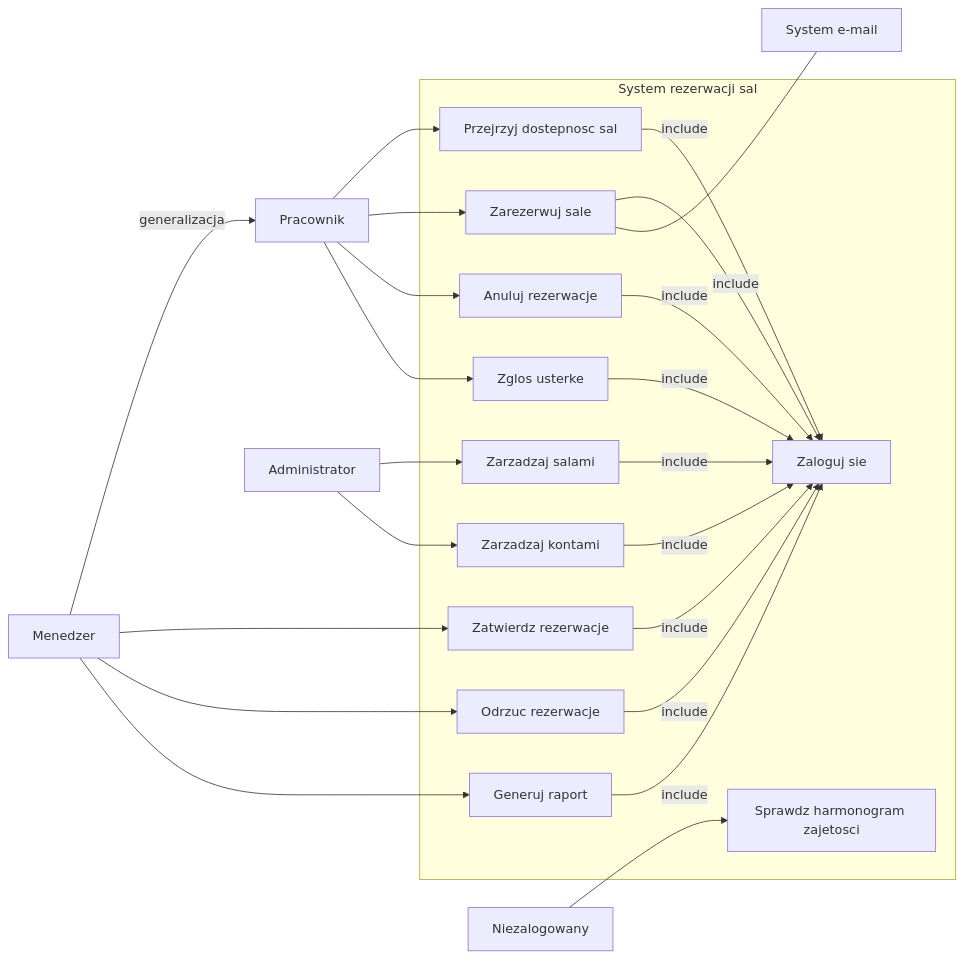
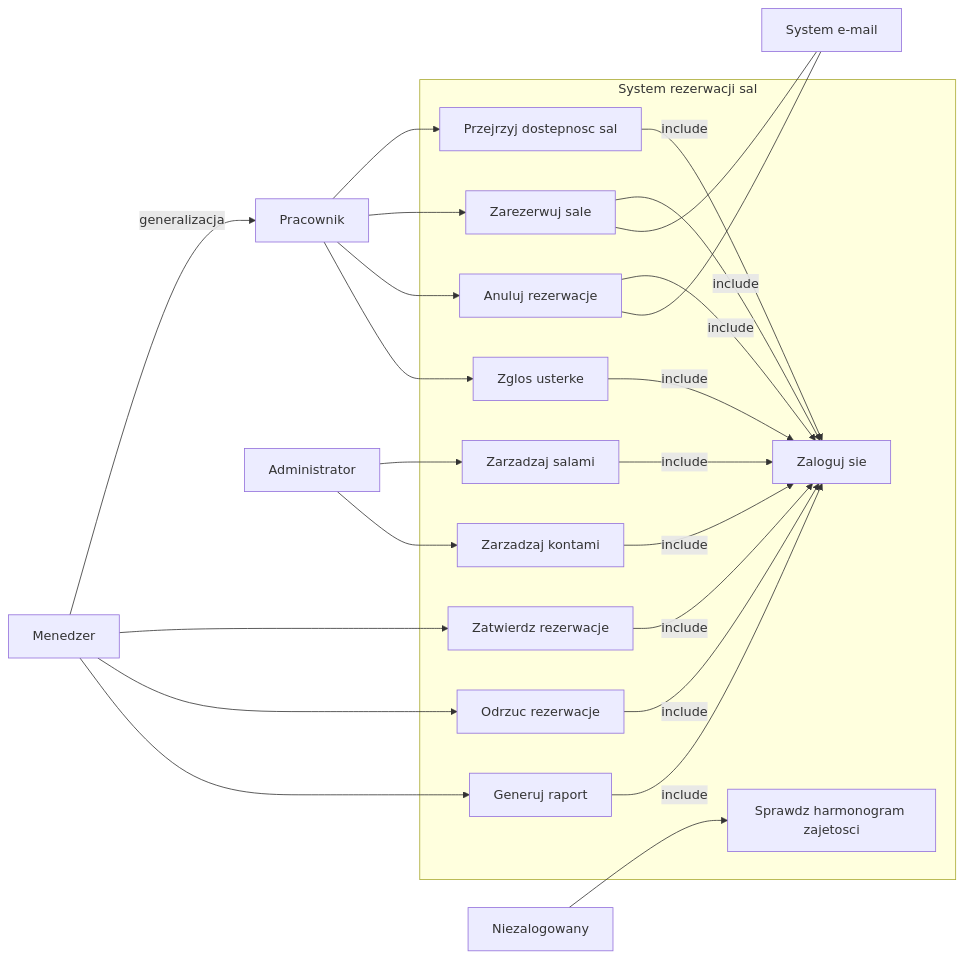
The diagram in README.md (Patryk115/IW_mermaid_lab5), drawn with Mermaid before and after one commit.

Commit message:
Refactor README by cleaning comments and updating relationships
Removed unnecessary comments and added a relationship from UC3 to the email system.

````diff
--- a/README.md
+++ b/README.md
@@ -1,48 +1,45 @@
 ```mermaid
 
 graph LR
     subgraph SYS["System rezerwacji sal"]
         UC1["Przejrzyj dostepnosc sal"]
         UC2["Zarezerwuj sale"]
         UC3["Anuluj rezerwacje"]
         UC4["Zatwierdz rezerwacje"]
         UC_Odrzuc["Odrzuc rezerwacje"]
         UC5["Zaloguj sie"]
         UC6["Zarzadzaj salami"]
         UC7["Generuj raport"]
         UC8["Zglos usterke"]
         UC10["Zarzadzaj kontami"]
         UC11["Sprawdz harmonogram zajetosci"]
     end
 
-    %% Aktorzy
     N["Niezalogowany"]
     P["Pracownik"]
     M["Menedzer"]
     A["Administrator"]
     E["System e-mail"]
 
-    %% Generalizacja
     M -->|generalizacja| P
 
-    %% Przypisanie aktorow bezposrednich do celow
     N --> UC11
     P --> UC1 & UC2 & UC3 & UC8
     M --> UC4 & UC_Odrzuc & UC7
     A --> UC6 & UC10
 
-    %% Relacje Include do logowania
     UC1 -->|include| UC5
     UC2 -->|include| UC5
     UC3 -->|include| UC5
     UC4 -->|include| UC5
     UC_Odrzuc -->|include| UC5
     UC6 -->|include| UC5
     UC7 -->|include| UC5
     UC8 -->|include| UC5
     UC10 -->|include| UC5
 
-    %% Alternatywne poprawne modelowanie powiadomien
     UC2 --- E
+    UC3 --- E
+
 
 ```
````
